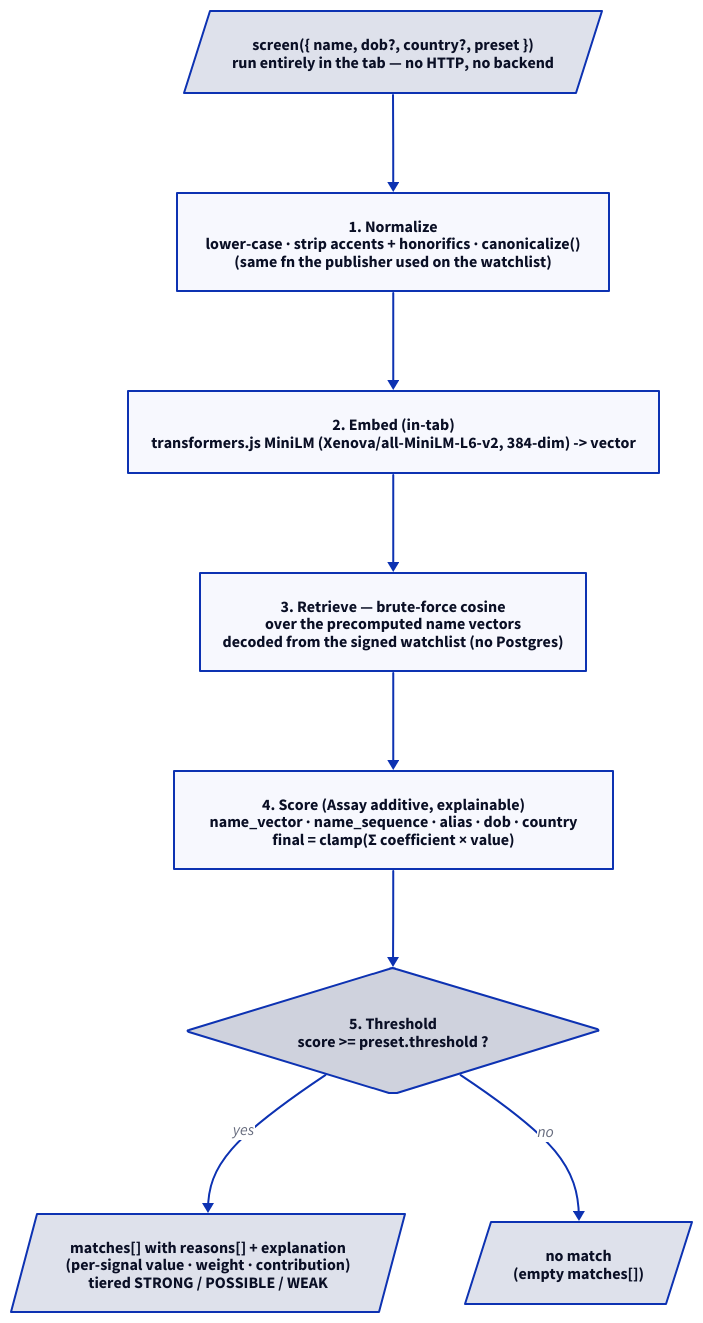
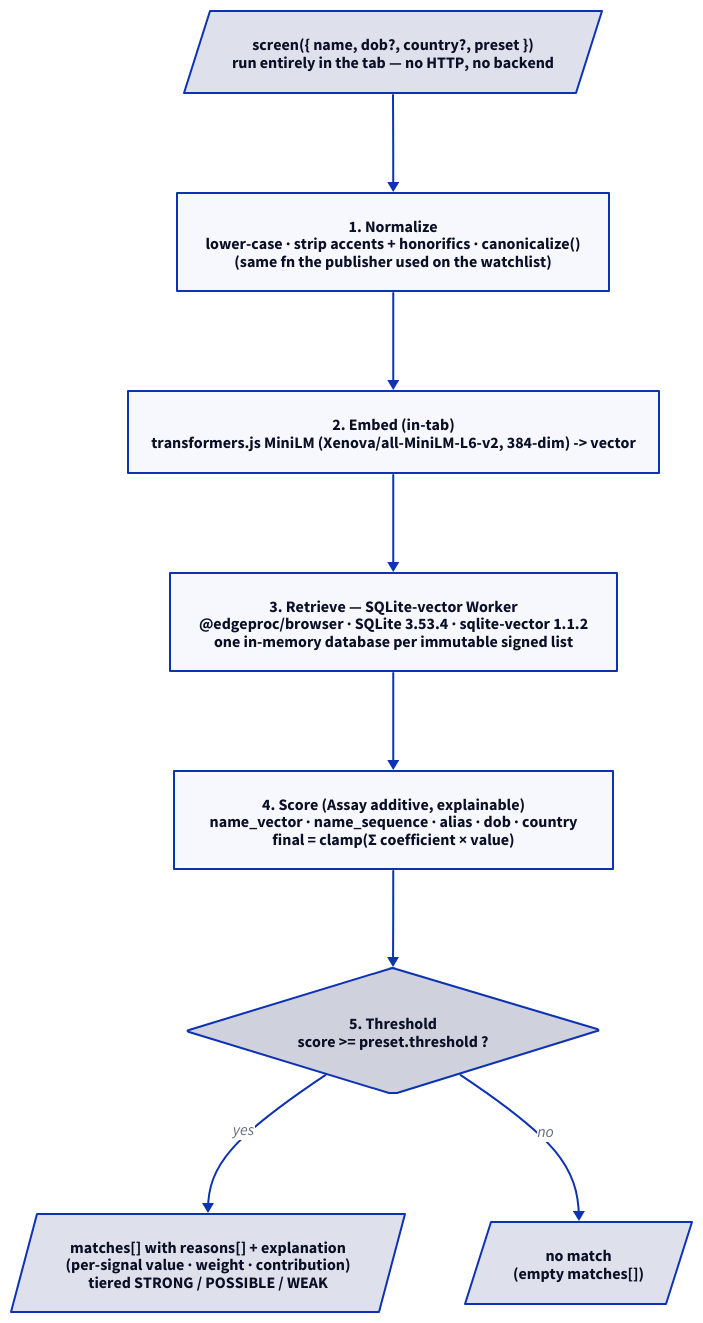
One commit to hseshadr/aml-filter changed the diagram in docs/diagrams/screening-pipeline.d2. Above: the diagram before and after it, drawn with D2. The commit also changed 29 other files, not shown here.

First line of the commit message:
Use sqlite-vector for browser screening

```diff
--- a/docs/diagrams/screening-pipeline.d2
+++ b/docs/diagrams/screening-pipeline.d2
@@ -1,52 +1,52 @@
 # aml-filter — screening pipeline (v3, in-browser)
-# normalize -> embed -> cosine retrieve -> weighted score -> threshold -> decision + explanation
+# normalize -> embed -> SQLite-vector retrieve -> weighted score -> threshold -> decision + explanation
 
 direction: down
 
 query: {
   label: "screen({ name, dob?, country?, preset })\nrun entirely in the tab — no HTTP, no backend"
   shape: parallelogram
 }
 
 normalize: {
   label: "1. Normalize\nlower-case · strip accents + honorifics · canonicalize()\n(same fn the publisher used on the watchlist)"
   shape: rectangle
 }
 
 embed: {
   label: "2. Embed (in-tab)\ntransformers.js MiniLM (Xenova/all-MiniLM-L6-v2, 384-dim) -> vector"
   shape: rectangle
 }
 
 retrieve: {
-  label: "3. Retrieve — brute-force cosine\nover the precomputed name vectors\ndecoded from the signed watchlist (no Postgres)"
+  label: "3. Retrieve — SQLite-vector Worker\n@edgeproc/browser · SQLite 3.53.4 · sqlite-vector 1.1.2\none in-memory database per immutable signed list"
   shape: rectangle
 }
 
 score: {
   label: "4. Score (Assay additive, explainable)\nname_vector · name_sequence · alias · dob · country\nfinal = clamp(Σ coefficient × value)"
   shape: rectangle
 }
 
 threshold: {
   label: "5. Threshold\nscore >= preset.threshold ?"
   shape: diamond
 }
 
 matches: {
   label: "matches[] with reasons[] + explanation\n(per-signal value · weight · contribution)\ntiered STRONG / POSSIBLE / WEAK"
   shape: parallelogram
 }
 
 empty: {
   label: "no match\n(empty matches[])"
   shape: parallelogram
 }
 
 query -> normalize
 normalize -> embed
 embed -> retrieve
 retrieve -> score
 score -> threshold
 threshold -> matches: "yes"
 threshold -> empty: "no"
```
